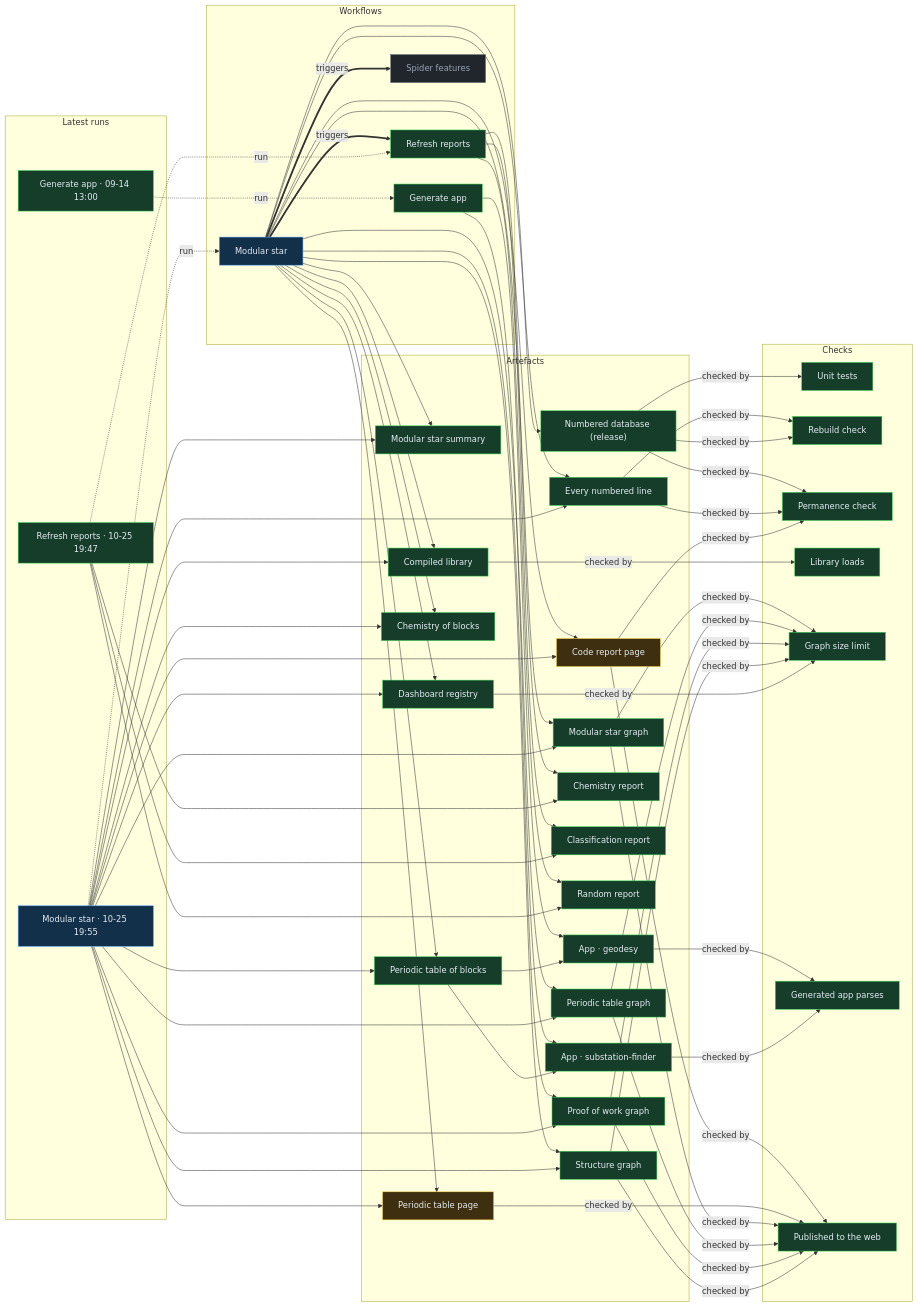
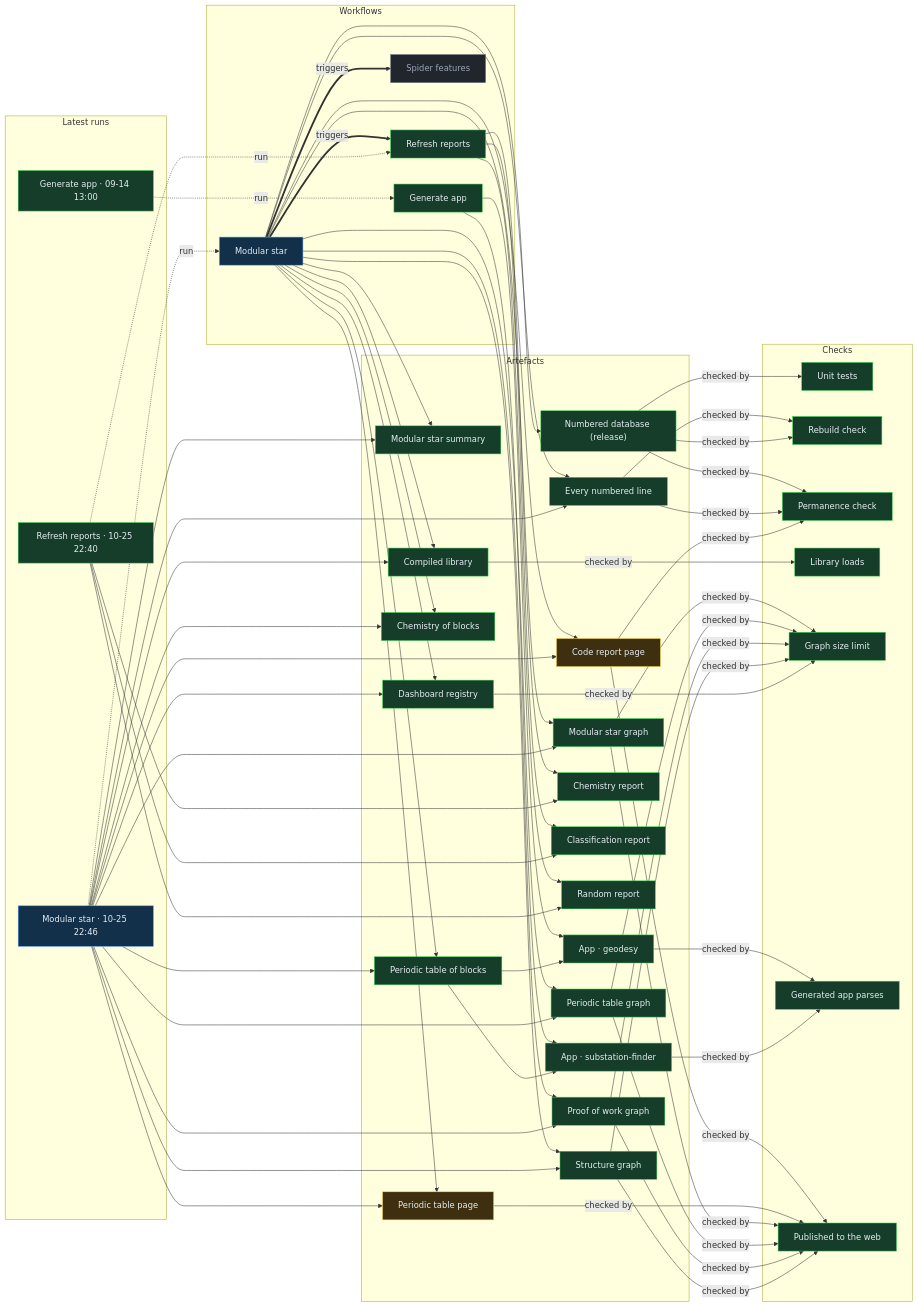
Before and after one commit to Ventusltd/stars: the diagram in proof/PROOF.md, drawn with Mermaid. The commit also changed other lines of this file and 44 other files, not shown here.

Commit message:
Modular star 2026-10-25T22:49Z

```diff
--- a/proof/PROOF.md
+++ b/proof/PROOF.md
@@ -24,8 +24,8 @@
   n_wf_spider_features["Spider features"]:::off
   end
   subgraph g_runs["Latest runs"]
-  n_run_40228285012["Modular star · 10-25 19:55"]:::live
-  n_run_40227672694["Refresh reports · 10-25 19:47"]:::ok
+  n_run_40241782075["Modular star · 10-25 22:46"]:::live
+  n_run_40241276197["Refresh reports · 10-25 22:40"]:::ok
   n_run_34846587798["Generate app · 09-14 13:00"]:::ok
   end
   subgraph g_artefacts["Artefacts"]
@@ -59,39 +59,39 @@
   end
   n_wf_modular_star == triggers ==> n_wf_refresh
   n_wf_modular_star == triggers ==> n_wf_spider_features
-  n_run_40228285012 -. run .-> n_wf_modular_star
-  n_run_40227672694 -. run .-> n_wf_refresh
+  n_run_40241782075 -. run .-> n_wf_modular_star
+  n_run_40241276197 -. run .-> n_wf_refresh
   n_run_34846587798 -. run .-> n_wf_generate
   n_wf_modular_star --> n_art_summary
-  n_run_40228285012 --> n_art_summary
+  n_run_40241782075 --> n_art_summary
   n_wf_modular_star --> n_art_lines
-  n_run_40228285012 --> n_art_lines
+  n_run_40241782075 --> n_art_lines
   n_wf_modular_star --> n_art_code
-  n_run_40228285012 --> n_art_code
+  n_run_40241782075 --> n_art_code
   n_wf_modular_star --> n_art_modular_graph
-  n_run_40228285012 --> n_art_modular_graph
+  n_run_40241782075 --> n_art_modular_graph
   n_wf_modular_star --> n_art_blocks
-  n_run_40228285012 --> n_art_blocks
+  n_run_40241782075 --> n_art_blocks
   n_wf_modular_star --> n_art_table
-  n_run_40228285012 --> n_art_table
+  n_run_40241782075 --> n_art_table
   n_wf_modular_star --> n_art_blocks_graph
-  n_run_40228285012 --> n_art_blocks_graph
+  n_run_40241782075 --> n_art_blocks_graph
   n_wf_modular_star --> n_art_reactions
-  n_run_40228285012 --> n_art_reactions
+  n_run_40241782075 --> n_art_reactions
   n_wf_modular_star --> n_art_library
-  n_run_40228285012 --> n_art_library
+  n_run_40241782075 --> n_art_library
   n_wf_modular_star --> n_art_features
-  n_run_40228285012 --> n_art_features
+  n_run_40241782075 --> n_art_features
   n_wf_modular_star --> n_art_proof
-  n_run_40228285012 --> n_art_proof
+  n_run_40241782075 --> n_art_proof
   n_wf_modular_star --> n_art_structure
-  n_run_40228285012 --> n_art_structure
+  n_run_40241782075 --> n_art_structure
   n_wf_refresh --> n_art_chemistry
-  n_run_40227672694 --> n_art_chemistry
+  n_run_40241276197 --> n_art_chemistry
   n_wf_refresh --> n_art_vedic
-  n_run_40227672694 --> n_art_vedic
+  n_run_40241276197 --> n_art_vedic
   n_wf_refresh --> n_art_random
-  n_run_40227672694 --> n_art_random
+  n_run_40241276197 --> n_art_random
   n_wf_modular_star --> n_art_release
   n_wf_generate --> n_app_geodesy
   n_art_blocks --> n_app_geodesy
```
